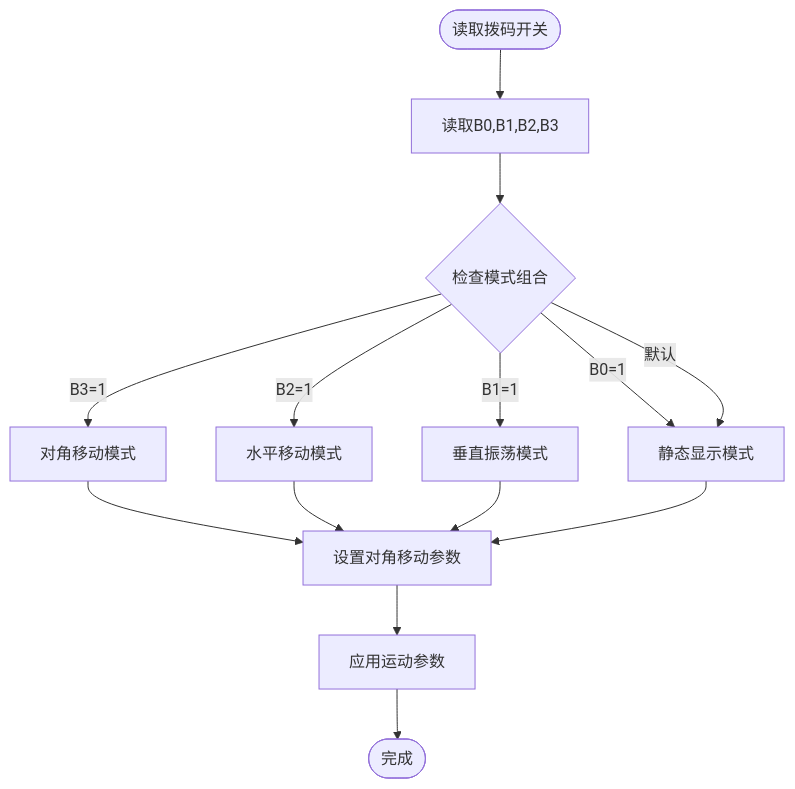
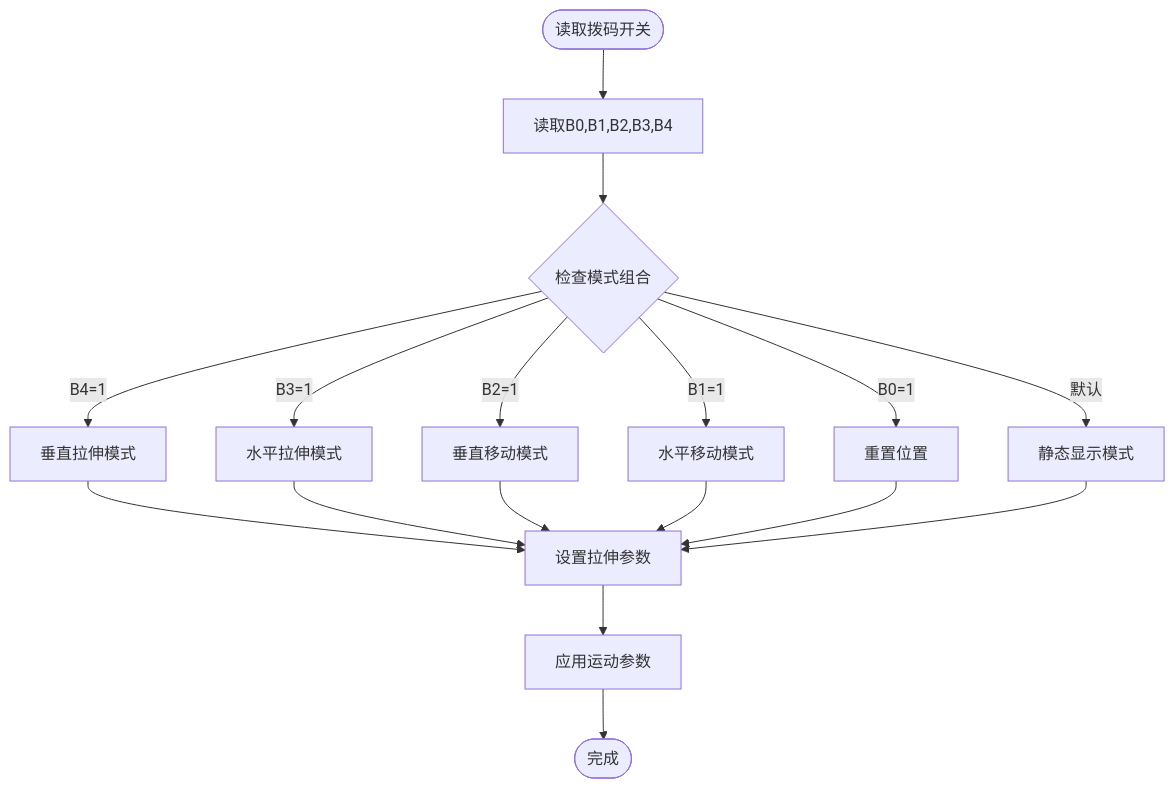
One commit to soupherexd/LCD_ROM_PIC changed diagram 11 of 16 in .qoder/repowiki/zh/content/运动控制.md. Above: the diagram before and after it, drawn with Mermaid. The commit also changed other lines of this file and 5 other files, not shown here.

````diff
--- a/.qoder/repowiki/zh/content/运动控制.md
+++ b/.qoder/repowiki/zh/content/运动控制.md
@@ -333,16 +373,19 @@
 ```mermaid
 flowchart TD
-Start([读取拨码开关]) --> ReadInputs["读取B0,B1,B2,B3"]
+Start([读取拨码开关]) --> ReadInputs["读取B0,B1,B2,B3,B4"]
 ReadInputs --> CheckMode{"检查模式组合"}
-CheckMode --> |B3=1| DiagonalMode["对角移动模式"]
-CheckMode --> |B2=1| HorizontalMode["水平移动模式"]
-CheckMode --> |B1=1| VerticalMode["垂直振荡模式"]
-CheckMode --> |B0=1| StaticMode["静态显示模式"]
-CheckMode --> |默认| StaticMode
-DiagonalMode --> SetParams["设置对角移动参数"]
-HorizontalMode --> SetParams
-VerticalMode --> SetParams
+CheckMode --> |B4=1| VerticalStretch["垂直拉伸模式"]
+CheckMode --> |B3=1| HorizontalStretch["水平拉伸模式"]
+CheckMode --> |B2=1| VerticalMove["垂直移动模式"]
+CheckMode --> |B1=1| HorizontalMove["水平移动模式"]
+CheckMode --> |B0=1| ResetPosition["重置位置"]
+CheckMode --> |默认| StaticMode["静态显示模式"]
+VerticalStretch --> SetParams["设置拉伸参数"]
+HorizontalStretch --> SetParams
+VerticalMove --> SetParams
+HorizontalMove --> SetParams
+ResetPosition --> SetParams
 StaticMode --> SetParams
 SetParams --> ApplyMode["应用运动参数"]
 ApplyMode --> End([完成])
 ```
````
